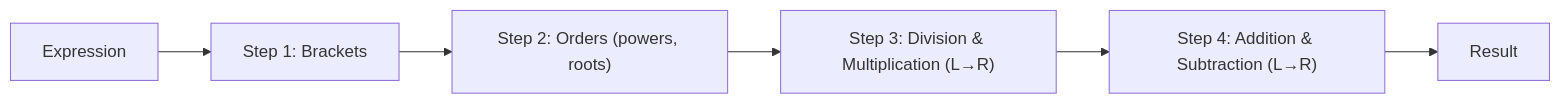
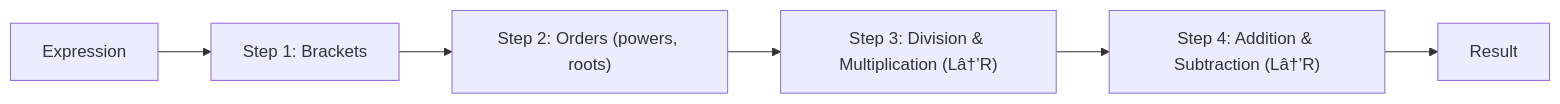
One commit to Raushan666java/ai-engineering-journey changed the second of 8 diagrams in docs/courses/quantitative-aptitude/05-quadratic-equations-simplification.md. Above: the diagram before and after it, drawn with Mermaid. The commit also changed other lines of this file and 735 other files, not shown here.

````diff
--- a/docs/courses/quantitative-aptitude/05-quadratic-equations-simplification.md
+++ b/docs/courses/quantitative-aptitude/05-quadratic-equations-simplification.md
@@ -203,8 +203,8 @@
 ```mermaid
 flowchart LR
     A["Expression"] --> B["Step 1: Brackets"]
     B --> C["Step 2: Orders (powers, roots)"]
-    C --> D["Step 3: Division & Multiplication (L→R)"]
-    D --> E["Step 4: Addition & Subtraction (L→R)"]
+    C --> D["Step 3: Division & Multiplication (Lâ†’R)"]
+    D --> E["Step 4: Addition & Subtraction (Lâ†’R)"]
     E --> F["Result"]
 ```
````
